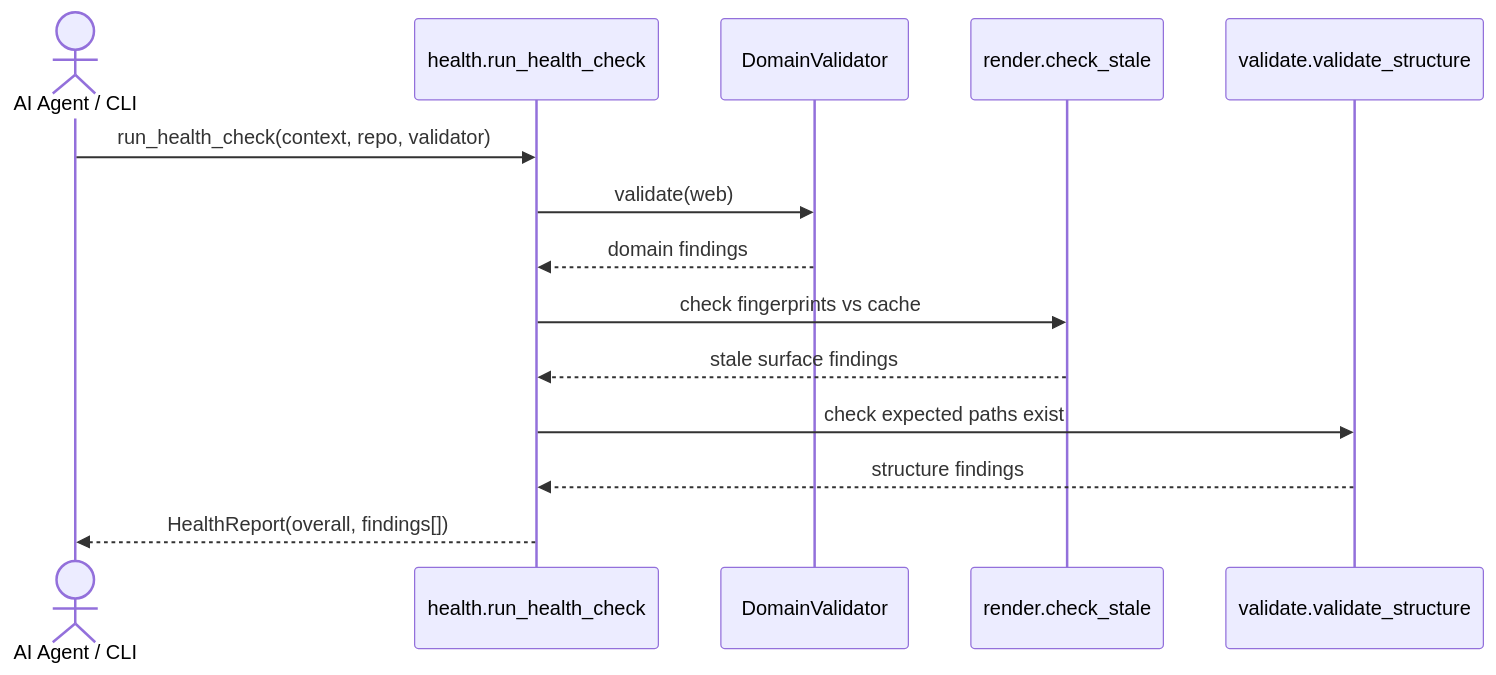
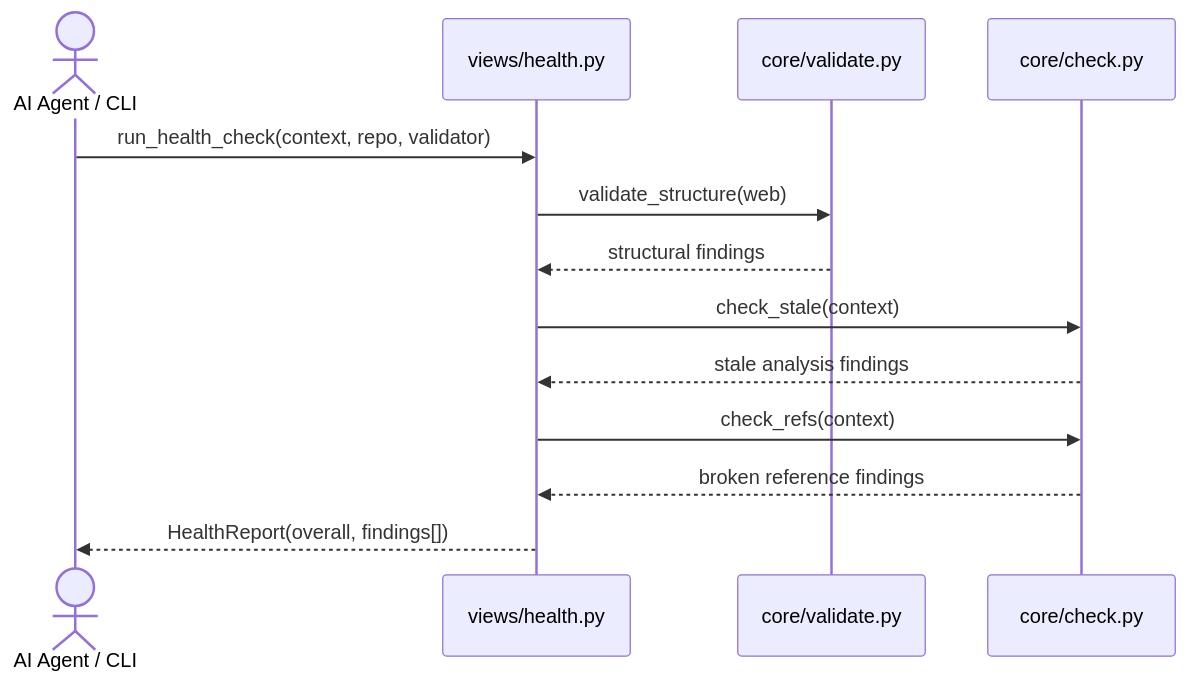
One commit to cdowd010/episteme changed the fourth of 6 diagrams in ARCHITECTURE.md. Above: the diagram before and after it, drawn with Mermaid. The commit also changed other lines of this file and 3 other files, not shown here.

Commit message:
Updated documentation to reflect the new architecture

````diff
--- a/ARCHITECTURE.md
+++ b/ARCHITECTURE.md
@@ -235,17 +283,16 @@
 ```mermaid
 sequenceDiagram
     actor Agent as AI Agent / CLI
-    participant HC as health.run_health_check
-    participant Val as DomainValidator
-    participant Rend as render.check_stale
-    participant Struct as validate.validate_structure
+    participant HC as views/health.py
+    participant Val as core/validate.py
+    participant Chk as core/check.py
 
     Agent->>HC: run_health_check(context, repo, validator)
-    HC->>Val: validate(web)
-    Val-->>HC: domain findings
-    HC->>Rend: check fingerprints vs cache
-    Rend-->>HC: stale surface findings
-    HC->>Struct: check expected paths exist
-    Struct-->>HC: structure findings
+    HC->>Val: validate_structure(web)
+    Val-->>HC: structural findings
+    HC->>Chk: check_stale(context)
+    Chk-->>HC: stale analysis findings
+    HC->>Chk: check_refs(context)
+    Chk-->>HC: broken reference findings
     HC-->>Agent: HealthReport(overall, findings[])
 ```
````
